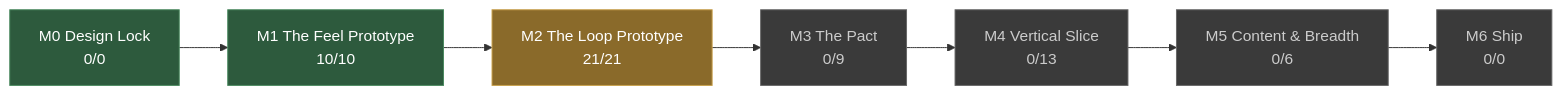
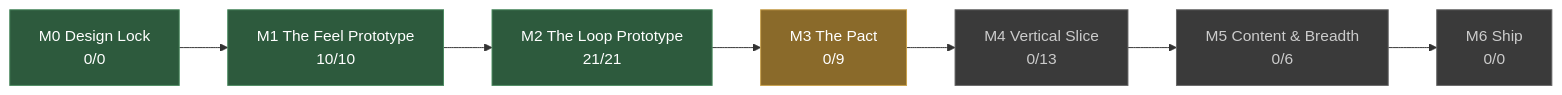
The diagram in docs/STATUS.md (JoshuaGessner/she), drawn with Mermaid before and after one commit. The commit also changed other lines of this file and 5 other files, not shown here.

````diff
--- a/docs/STATUS.md
+++ b/docs/STATUS.md
@@ -13,19 +13,19 @@
 ```mermaid
 flowchart LR
   M0["M0 Design Lock<br/>0/0"]:::passed
   M1["M1 The Feel Prototype<br/>10/10"]:::passed
   M0 --> M1
-  M2["M2 The Loop Prototype<br/>21/21"]:::current
+  M2["M2 The Loop Prototype<br/>21/21"]:::passed
   M1 --> M2
-  M3["M3 The Pact<br/>0/9"]:::ahead
+  M3["M3 The Pact<br/>0/9"]:::current
   M2 --> M3
   M4["M4 Vertical Slice<br/>0/13"]:::ahead
   M3 --> M4
   M5["M5 Content & Breadth<br/>0/6"]:::ahead
   M4 --> M5
   M6["M6 Ship<br/>0/0"]:::ahead
   M5 --> M6
   classDef passed fill:#2d5a3d,stroke:#4a8a5f,color:#fff
   classDef current fill:#8a6a2a,stroke:#c8a04a,color:#fff
   classDef ahead fill:#3a3a3a,stroke:#666,color:#ccc
 ```
````
